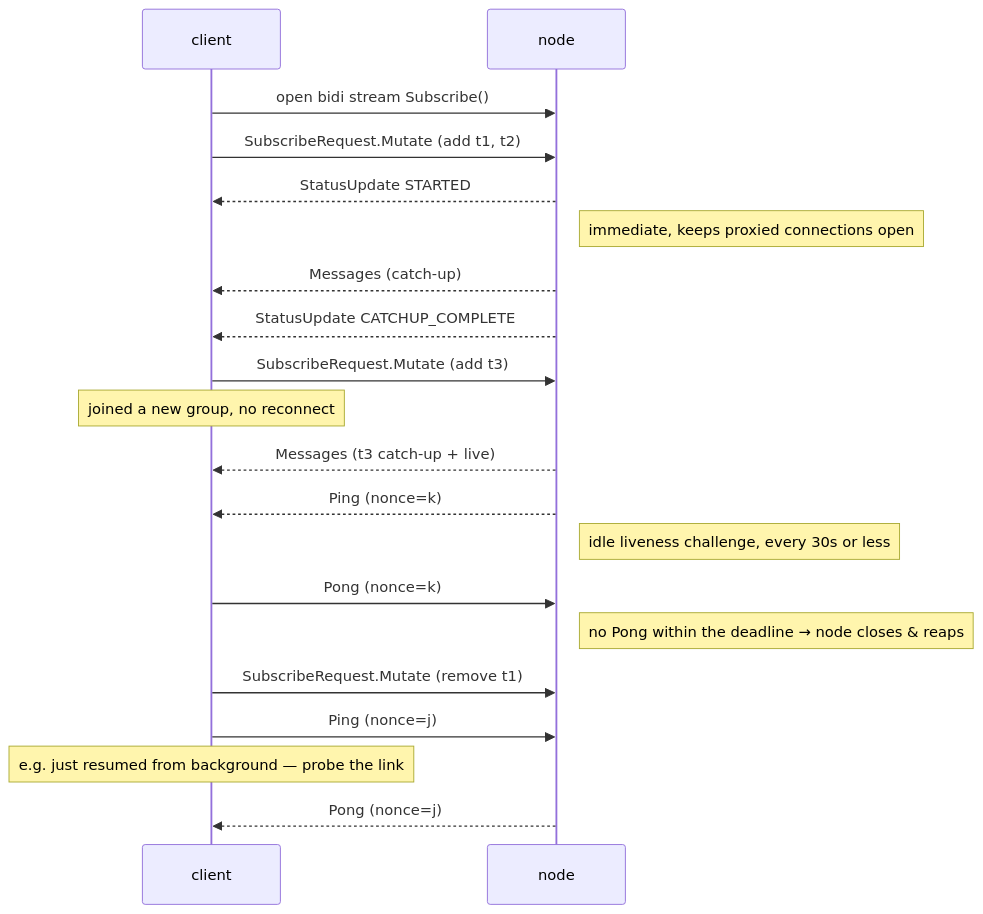
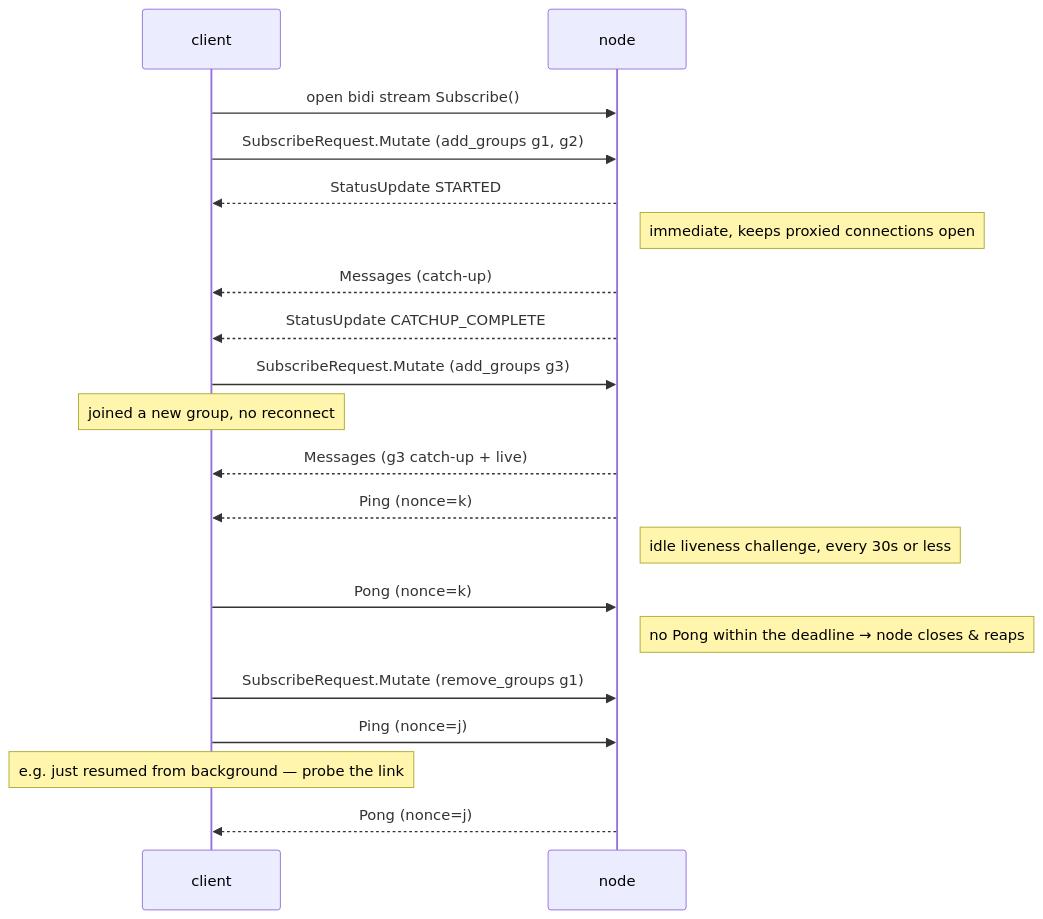
One commit to xmtp/XIPs changed the second of 3 diagrams in XIPs/xip-83-mutable-subscription-streams.md. Above: the diagram before and after it, drawn with Mermaid. The commit also changed other lines of this file, not shown here.

Commit message:
XIP-83: id-based group/welcome subscriptions (not opaque topics) + versioned messages

````diff
--- a/XIPs/xip-83-mutable-subscription-streams.md
+++ b/XIPs/xip-83-mutable-subscription-streams.md
@@ -97,23 +97,23 @@
 ```mermaid
 sequenceDiagram
     participant C as client
     participant N as node
 
     C->>N: open bidi stream Subscribe()
-    C->>N: SubscribeRequest.Mutate (add t1, t2)
+    C->>N: SubscribeRequest.Mutate (add_groups g1, g2)
     N-->>C: StatusUpdate STARTED
     Note right of N: immediate, keeps proxied connections open
     N-->>C: Messages (catch-up)
     N-->>C: StatusUpdate CATCHUP_COMPLETE
-    C->>N: SubscribeRequest.Mutate (add t3)
+    C->>N: SubscribeRequest.Mutate (add_groups g3)
     Note over C: joined a new group, no reconnect
-    N-->>C: Messages (t3 catch-up + live)
+    N-->>C: Messages (g3 catch-up + live)
     N-->>C: Ping (nonce=k)
     Note right of N: idle liveness challenge, every 30s or less
     C->>N: Pong (nonce=k)
     Note right of N: no Pong within the deadline → node closes & reaps
-    C->>N: SubscribeRequest.Mutate (remove t1)
+    C->>N: SubscribeRequest.Mutate (remove_groups g1)
     C->>N: Ping (nonce=j)
     Note over C: e.g. just resumed from background — probe the link
     N-->>C: Pong (nonce=j)
 ```
````
